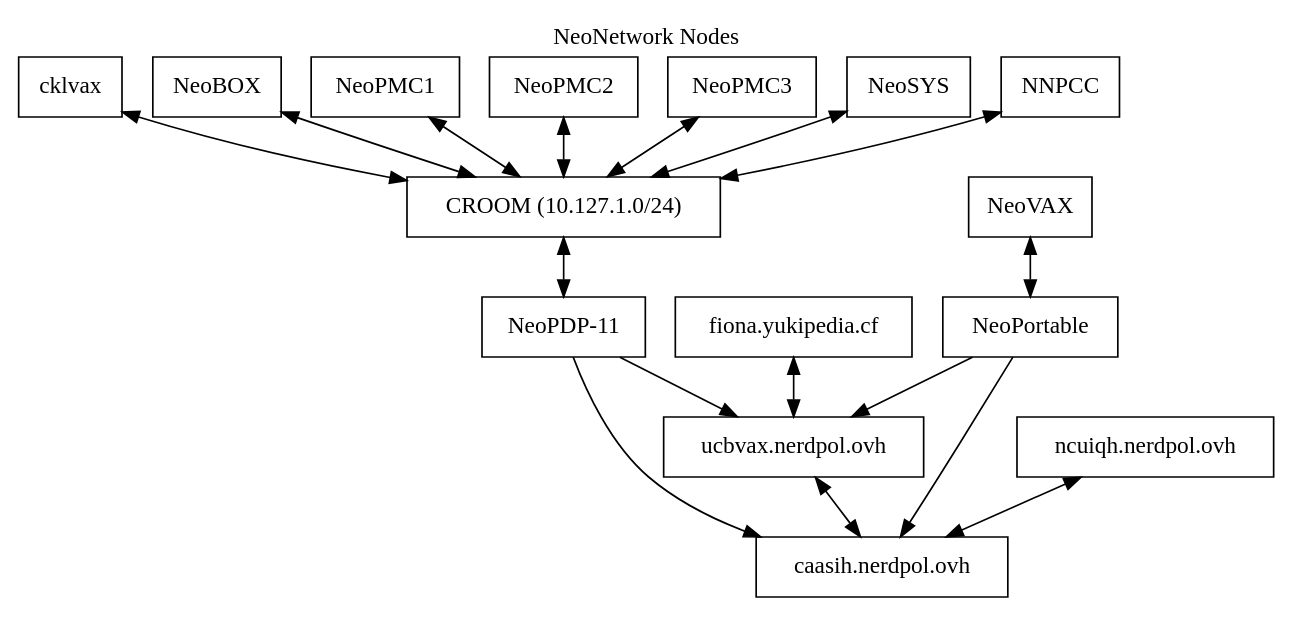
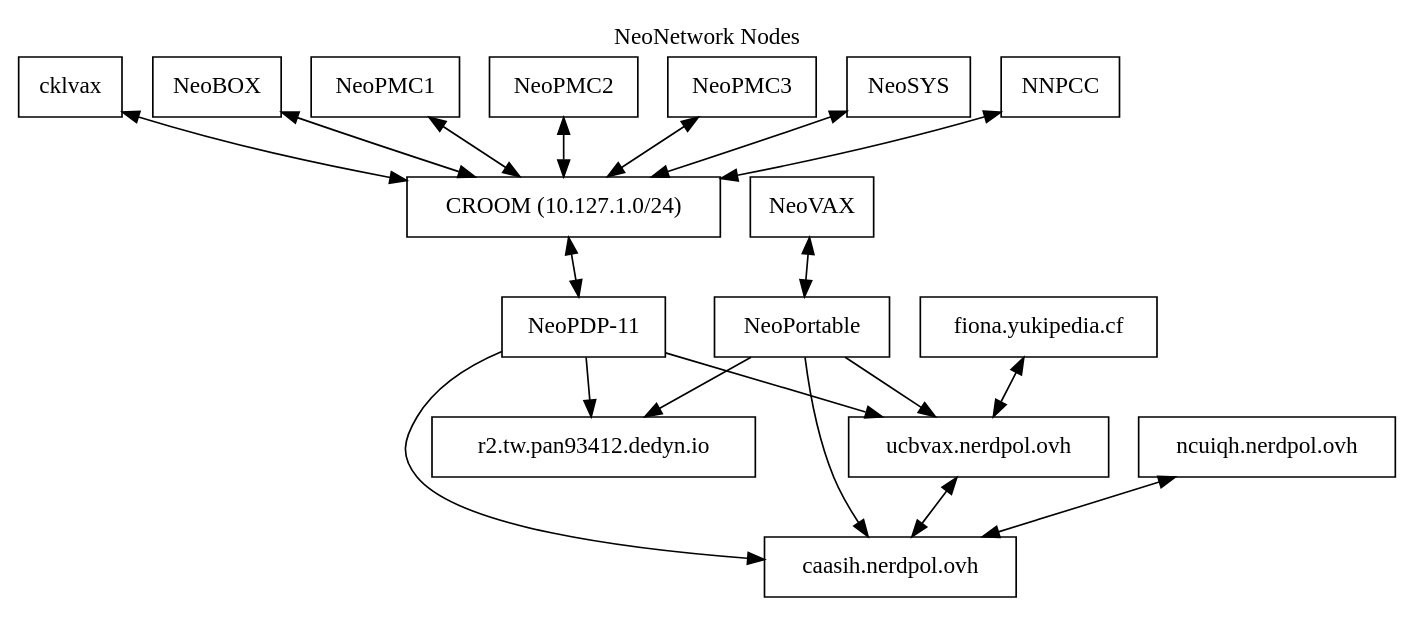
Before and after one commit to NeoCloud/NeoNetwork: the diagram in nodes.dot, drawn with Graphviz. The commit also changed 2 other files, not shown here.

Commit message:
Added new node pan

```diff
--- a/nodes.dot
+++ b/nodes.dot
@@ -1,34 +1,37 @@
 digraph ""
 {
 	labelloc="t";
 	label="NeoNetwork Nodes";
 	rankdir=TD
 	node [shape=box]
 	c [label="caasih.nerdpol.ovh"]
 	ucbvax [label="ucbvax.nerdpol.ovh"]
 	np11 [label="NeoPDP-11"]
 	cklvax [label="cklvax"]
 	neobox [label="NeoBOX"]
 	local [label="CROOM (10.127.1.0/24)"]
 	np [label="NeoPortable"]
 	nv [label="NeoVAX"]
 	ncuiqh [label="ncuiqh.nerdpol.ovh"]
 	fionaLHS [label="fiona.yukipedia.cf"]
+	pan [label="r2.tw.pan93412.dedyn.io"]
 
 	NeoPMC1 -> local [dir=both]
 	NeoPMC2 -> local [dir=both]
 	NeoPMC3 -> local [dir=both]
 	NeoSYS -> local [dir=both]
 	NNPCC -> local [dir=both]
 	np11 -> c
 	np11 -> ucbvax
 	ucbvax -> c [dir=both]
 	cklvax -> local [dir=both]
 	neobox -> local [dir=both]
 	local -> np11 [dir=both]
 	np -> ucbvax
 	np -> c
 	nv -> np [dir=both]
 	ncuiqh -> c [dir=both]
 	fionaLHS -> ucbvax [dir=both]
+	np11 -> pan
+	np -> pan
 }
```
